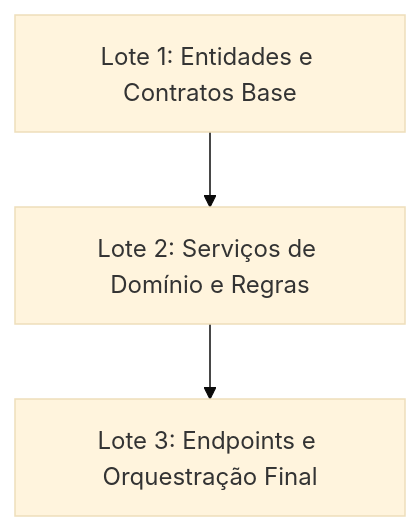
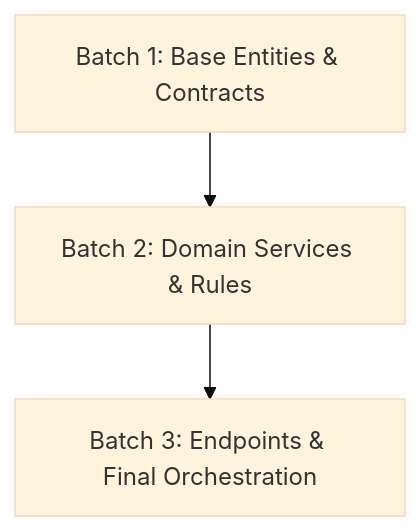
Before and after one commit to MarcosVeniciu/antigravity-agentic-workflows: the diagram in skills/tdd-plan/resources/plan_template.md, drawn with Mermaid (base theme). The commit also changed other lines of this file and 57 other files, not shown here.

````diff
--- a/skills/tdd-plan/resources/plan_template.md
+++ b/skills/tdd-plan/resources/plan_template.md
@@ -18,5 +18,5 @@
 ```mermaid
 graph TD
-    B1["Lote 1: Entidades e Contratos Base"] --> B2["Lote 2: Serviços de Domínio e Regras"]
-    B2 --> B3["Lote 3: Endpoints e Orquestração Final"]
+    B1["Batch 1: Base Entities & Contracts"] --> B2["Batch 2: Domain Services & Rules"]
+    B2 --> B3["Batch 3: Endpoints & Final Orchestration"]
 ```
````
